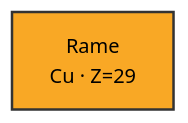
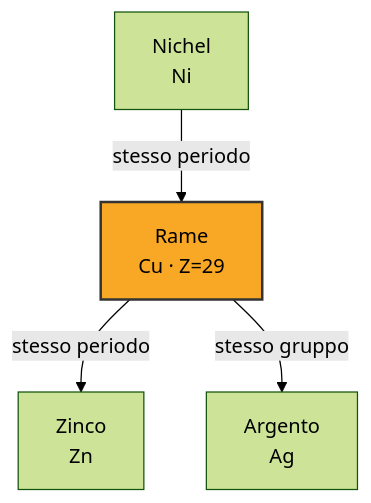
One commit to gianlucaciarcelluti/elements-caos changed the second of 3 diagrams in vault/Elementi/Rame.md. Above: the diagram before and after it, drawn with Mermaid (forest theme). The commit also changed other lines of this file and 517 other files, not shown here.

````diff
--- a/vault/Elementi/Rame.md
+++ b/vault/Elementi/Rame.md
@@ -51,5 +51,11 @@
 ```mermaid
 flowchart TB
     C["Rame<br/>Cu · Z=29"]
+    L["Nichel<br/>Ni"]
+    L -->|stesso periodo| C
+    R["Zinco<br/>Zn"]
+    C -->|stesso periodo| R
+    G["Argento<br/>Ag"]
+    C -->|stesso gruppo| G
     style C fill:#f9a825,stroke:#333,stroke-width:2px
 ```
````
